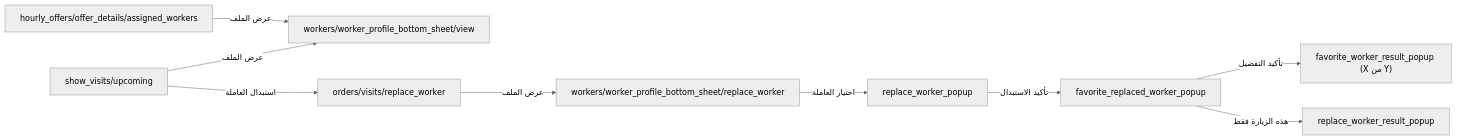
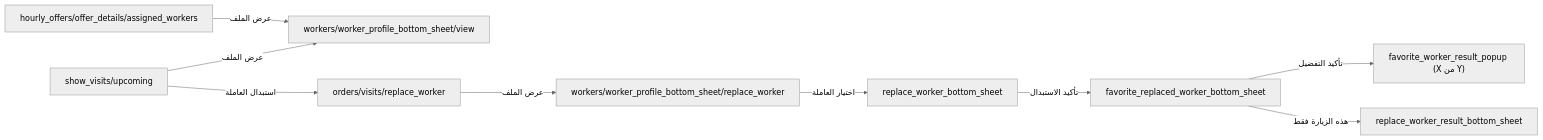
One commit to mmsanad7/belkhedma changed the diagram in project/decisions/0012-hourly-workers.md. Above: the diagram before and after it, drawn with Mermaid (neutral theme). The commit also changed other lines of this file and 8 other files, not shown here.

````diff
--- a/project/decisions/0012-hourly-workers.md
+++ b/project/decisions/0012-hourly-workers.md
@@ -20,11 +20,11 @@
 ```mermaid
 flowchart LR
     OD["hourly_offers/offer_details/assigned_workers"] -->|"عرض الملف"| PV["workers/worker_profile_bottom_sheet/view"]
     U["show_visits/upcoming"] -->|"استبدال العاملة"| R["orders/visits/replace_worker"]
     U -->|"عرض الملف"| PV
     R -->|"عرض الملف"| PR["workers/worker_profile_bottom_sheet/replace_worker"]
-    PR -->|"اختيار العاملة"| RP["replace_worker_popup"]
-    RP -->|"تأكيد الاستبدال"| FP["favorite_replaced_worker_popup"]
+    PR -->|"اختيار العاملة"| RP["replace_worker_bottom_sheet"]
+    RP -->|"تأكيد الاستبدال"| FP["favorite_replaced_worker_bottom_sheet"]
     FP -->|"تأكيد التفضيل"| FR["favorite_worker_result_popup (X من Y)"]
-    FP -->|"هذه الزيارة فقط"| RR["replace_worker_result_popup"]
+    FP -->|"هذه الزيارة فقط"| RR["replace_worker_result_bottom_sheet"]
 ```
````
